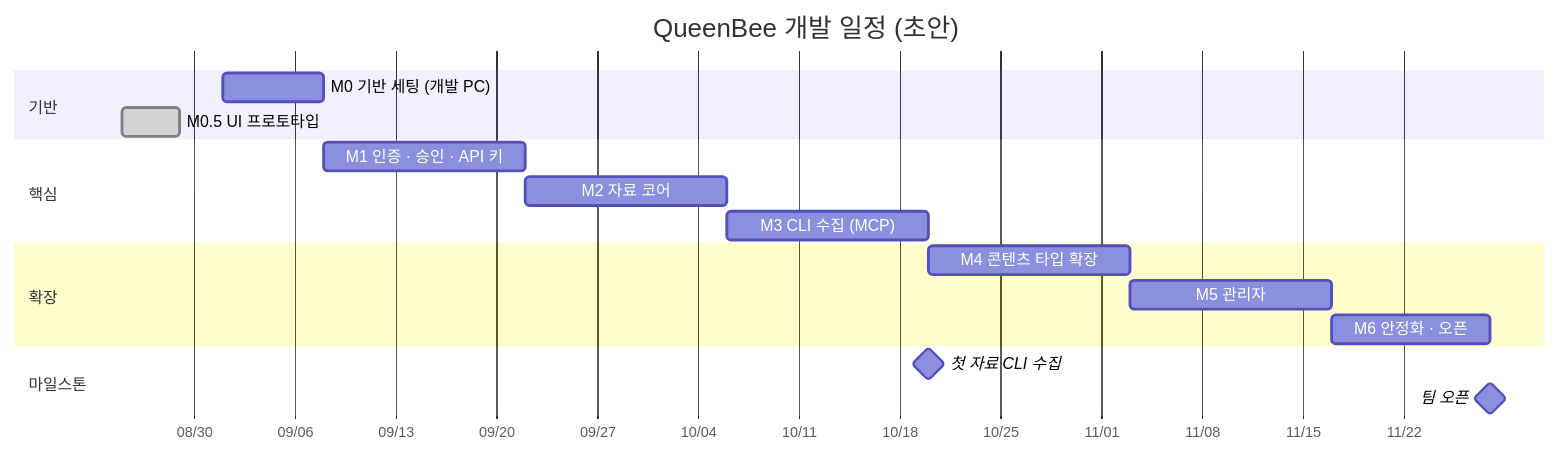
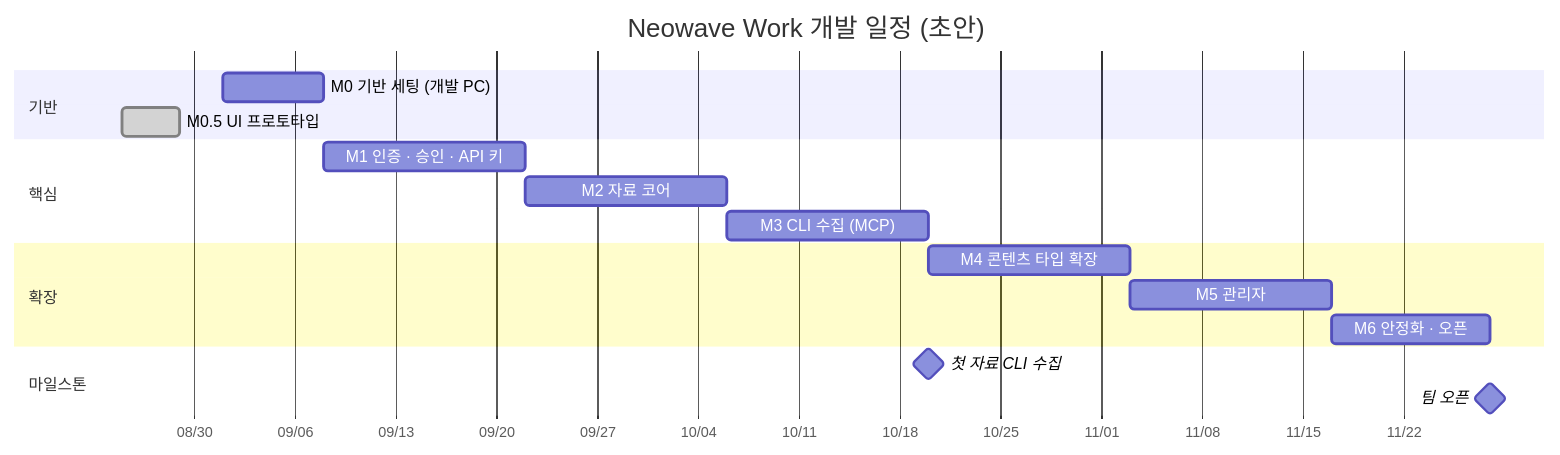
Before and after one commit to anerjin/private_project_myteam: the first of 2 diagrams in _docs/02.개발설계/07_개발_로드맵.md, drawn with Mermaid. The commit also changed other lines of this file and 86 other files, not shown here.

First line of the commit message:
이름을 Neowave Work 로 바꾼다 (DEC-073)

````diff
--- a/_docs/02.개발설계/07_개발_로드맵.md
+++ b/_docs/02.개발설계/07_개발_로드맵.md
@@ -37,24 +37,24 @@
 ```mermaid
 gantt
-    title QueenBee 개발 일정 (초안)
+    title Neowave Work 개발 일정 (초안)
     dateFormat  YYYY-MM-DD
     axisFormat  %m/%d
 
     section 기반
     M0 기반 세팅 (개발 PC)   :m0, 2026-09-01, 7d
     M0.5 UI 프로토타입       :done, m05, 2026-08-25, 4d
 
     section 핵심
     M1 인증 · 승인 · API 키  :m1, after m0, 14d
     M2 자료 코어             :m2, after m1, 14d
     M3 CLI 수집 (MCP)        :m3, after m2, 14d
 
     section 확장
     M4 콘텐츠 타입 확장      :m4, after m3, 14d
     M5 관리자                :m5, after m4, 14d
     M6 안정화 · 오픈         :m6, after m5, 11d
 
     section 마일스톤
     첫 자료 CLI 수집         :milestone, after m3, 0d
     팀 오픈                  :milestone, after m6, 0d
 ```
````
